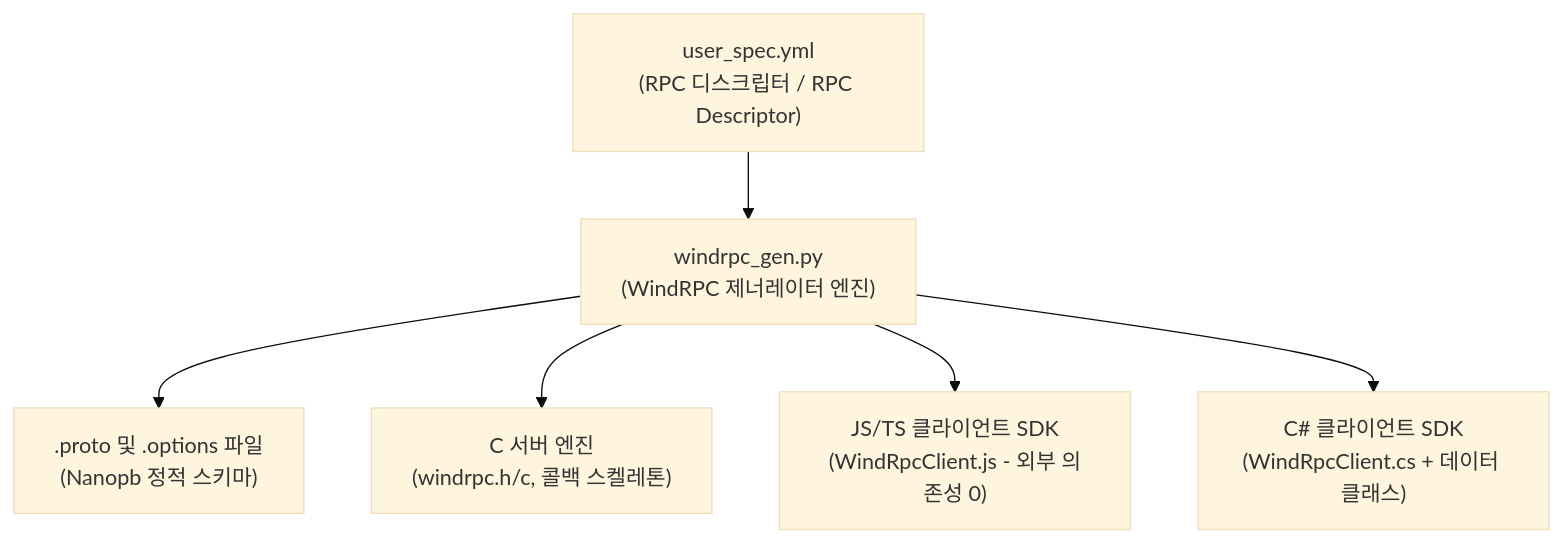
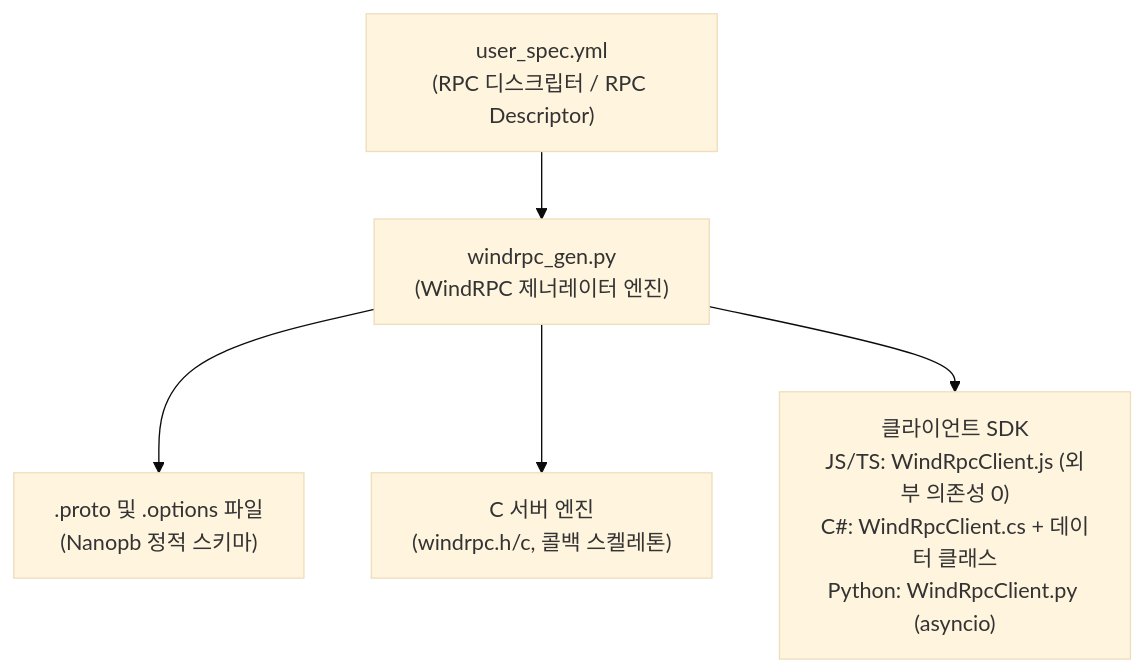
Before and after one commit to micro-artwork/windrpc: the first of 2 diagrams in README.KR.md, drawn with Mermaid (base theme). The commit also changed other lines of this file and 1 other file, not shown here.

Commit message:
docs: consolidate client SDK boxes into single node with per-language breakdown in diagrams

````diff
--- a/README.KR.md
+++ b/README.KR.md
@@ -33,8 +33,7 @@
 ```mermaid
 flowchart TD
     YAML["user_spec.yml<br/>(RPC 디스크립터 / RPC Descriptor)"] --> GEN["windrpc_gen.py<br/>(WindRPC 제너레이터 엔진)"]
     GEN --> Proto[".proto 및 .options 파일<br/>(Nanopb 정적 스키마)"]
     GEN --> CServer["C 서버 엔진<br/>(windrpc.h/c, 콜백 스켈레톤)"]
-    GEN --> JSClient["JS/TS 클라이언트 SDK<br/>(WindRpcClient.js - 외부 의존성 0)"]
-    GEN --> CSClient["C# 클라이언트 SDK<br/>(WindRpcClient.cs + 데이터 클래스)"]
+    GEN --> Client["클라이언트 SDK<br/>JS/TS: WindRpcClient.js (외부 의존성 0)<br/>C#: WindRpcClient.cs + 데이터 클래스<br/>Python: WindRpcClient.py (asyncio)"]
 ```
````
